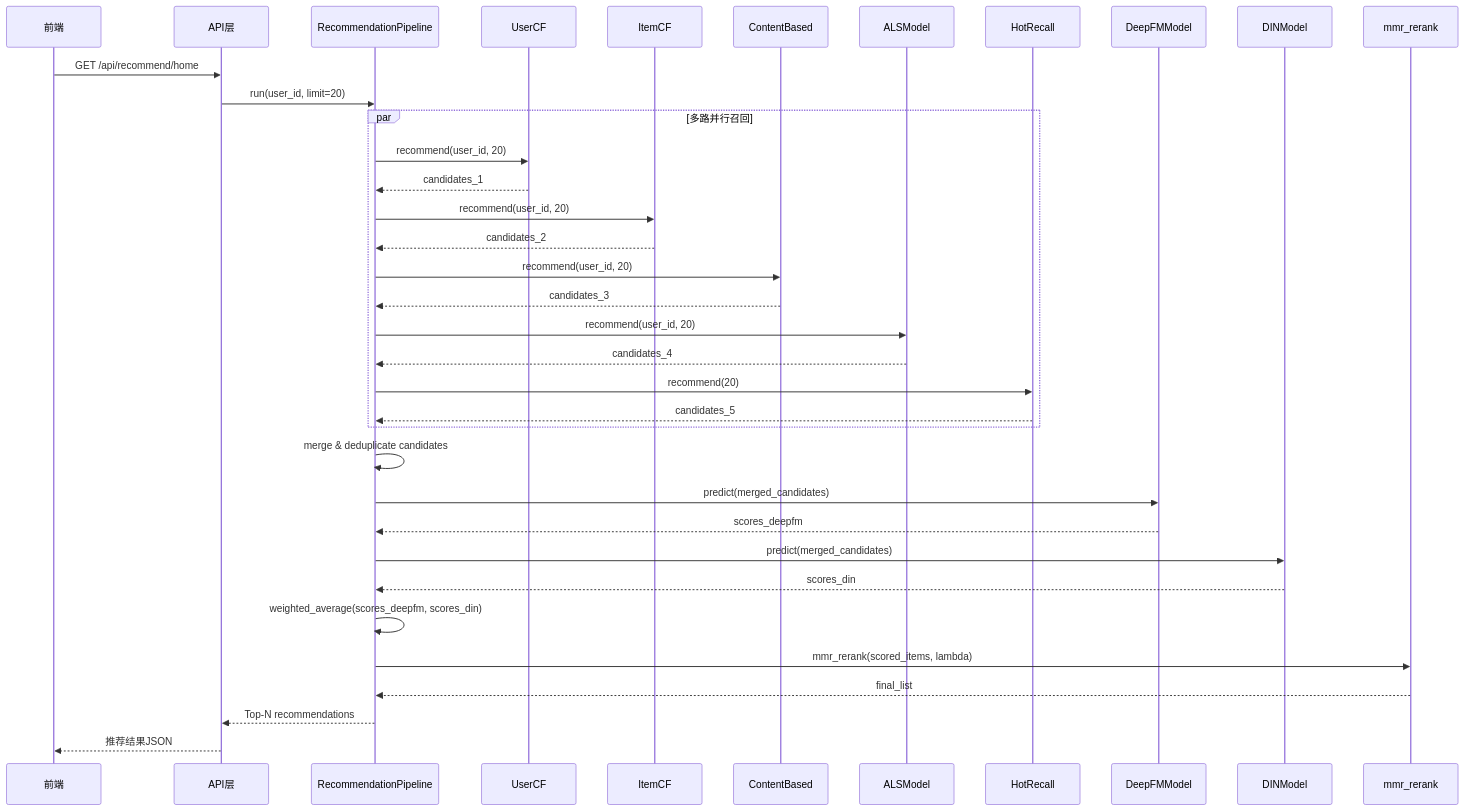
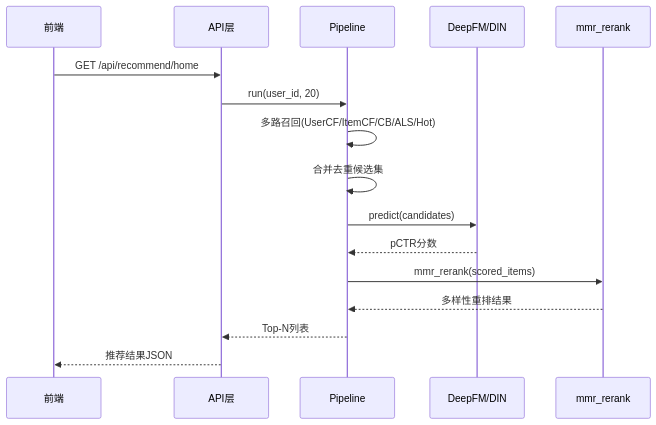
Before and after one commit to kun041011/ecommerce-ad-recommendation-system: the tenth of 13 diagrams in docs/figures.md, drawn with Mermaid. The commit also changed other lines of this file, not shown here.

First line of the commit message:
docs: simplify sequence diagrams 5-3, 5-5, 5-6

````diff
--- a/docs/figures.md
+++ b/docs/figures.md
@@ -218,39 +218,19 @@
 ```mermaid
 sequenceDiagram
     participant 前端
     participant API as API层
-    participant Pipeline as RecommendationPipeline
-    participant UCF as UserCF
-    participant ICF as ItemCF
-    participant CB as ContentBased
-    participant ALS as ALSModel
-    participant Hot as HotRecall
-    participant DFM as DeepFMModel
-    participant DIN as DINModel
+    participant Pipeline as Pipeline
+    participant Rank as DeepFM/DIN
     participant MMR as mmr_rerank
 
     前端->>API: GET /api/recommend/home
-    API->>Pipeline: run(user_id, limit=20)
-    par 多路并行召回
-        Pipeline->>UCF: recommend(user_id, 20)
-        UCF-->>Pipeline: candidates_1
-        Pipeline->>ICF: recommend(user_id, 20)
-        ICF-->>Pipeline: candidates_2
-        Pipeline->>CB: recommend(user_id, 20)
-        CB-->>Pipeline: candidates_3
-        Pipeline->>ALS: recommend(user_id, 20)
-        ALS-->>Pipeline: candidates_4
-        Pipeline->>Hot: recommend(20)
-        Hot-->>Pipeline: candidates_5
-    end
-    Pipeline->>Pipeline: merge & deduplicate candidates
-    Pipeline->>DFM: predict(merged_candidates)
-    DFM-->>Pipeline: scores_deepfm
-    Pipeline->>DIN: predict(merged_candidates)
-    DIN-->>Pipeline: scores_din
-    Pipeline->>Pipeline: weighted_average(scores_deepfm, scores_din)
-    Pipeline->>MMR: mmr_rerank(scored_items, lambda)
-    MMR-->>Pipeline: final_list
-    Pipeline-->>API: Top-N recommendations
+    API->>Pipeline: run(user_id, 20)
+    Pipeline->>Pipeline: 多路召回(UserCF/ItemCF/CB/ALS/Hot)
+    Pipeline->>Pipeline: 合并去重候选集
+    Pipeline->>Rank: predict(candidates)
+    Rank-->>Pipeline: pCTR分数
+    Pipeline->>MMR: mmr_rerank(scored_items)
+    MMR-->>Pipeline: 多样性重排结果
+    Pipeline-->>API: Top-N列表
     API-->>前端: 推荐结果JSON
 ```
````
